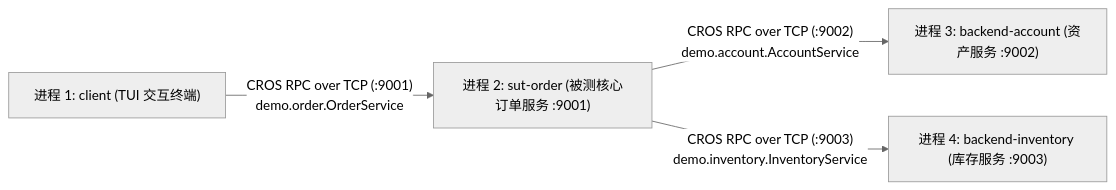
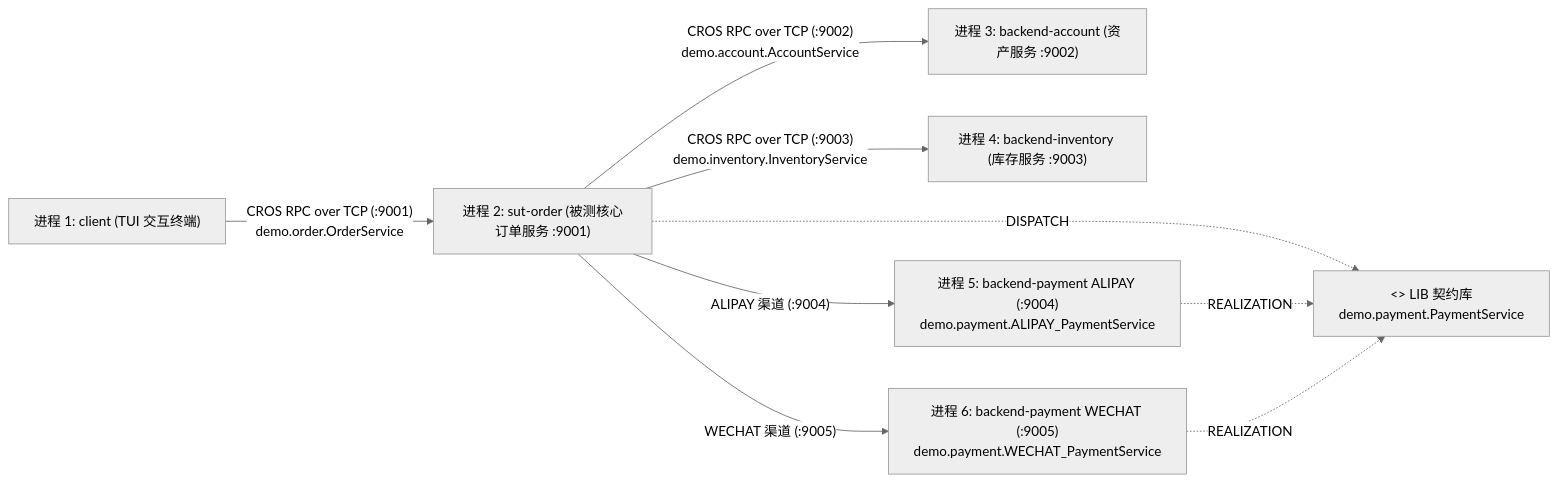
Before and after one commit to fugui/code-traefik: the diagram in demo/README.md, drawn with Mermaid (neutral theme). The commit also changed other lines of this file and 16 other files, not shown here.

First line of the commit message:
feat(demo): 新增支付 LIB 接口契约模块及 ALIPAY/WECHAT 双渠道实现实例

````diff
--- a/demo/README.md
+++ b/demo/README.md
@@ -9,11 +9,19 @@
 ```mermaid
 flowchart LR
     Client["进程 1: client (TUI 交互终端)"]
     SUT["进程 2: sut-order (被测核心订单服务 :9001)"]
     B1["进程 3: backend-account (资产服务 :9002)"]
     B2["进程 4: backend-inventory (库存服务 :9003)"]
+    LIB["<<interface>> LIB 契约库<br/>demo.payment.PaymentService"]
+    P1["进程 5: backend-payment ALIPAY (:9004)<br/>demo.payment.ALIPAY_PaymentService"]
+    P2["进程 6: backend-payment WECHAT (:9005)<br/>demo.payment.WECHAT_PaymentService"]
 
     Client -- "CROS RPC over TCP (:9001)<br/>demo.order.OrderService" --> SUT
     SUT -- "CROS RPC over TCP (:9002)<br/>demo.account.AccountService" --> B1
     SUT -- "CROS RPC over TCP (:9003)<br/>demo.inventory.InventoryService" --> B2
+    SUT -. "DISPATCH" .-> LIB
+    SUT -- "ALIPAY 渠道 (:9004)" --> P1
+    SUT -- "WECHAT 渠道 (:9005)" --> P2
+    P1 -. "REALIZATION" .-> LIB
+    P2 -. "REALIZATION" .-> LIB
 ```
````
